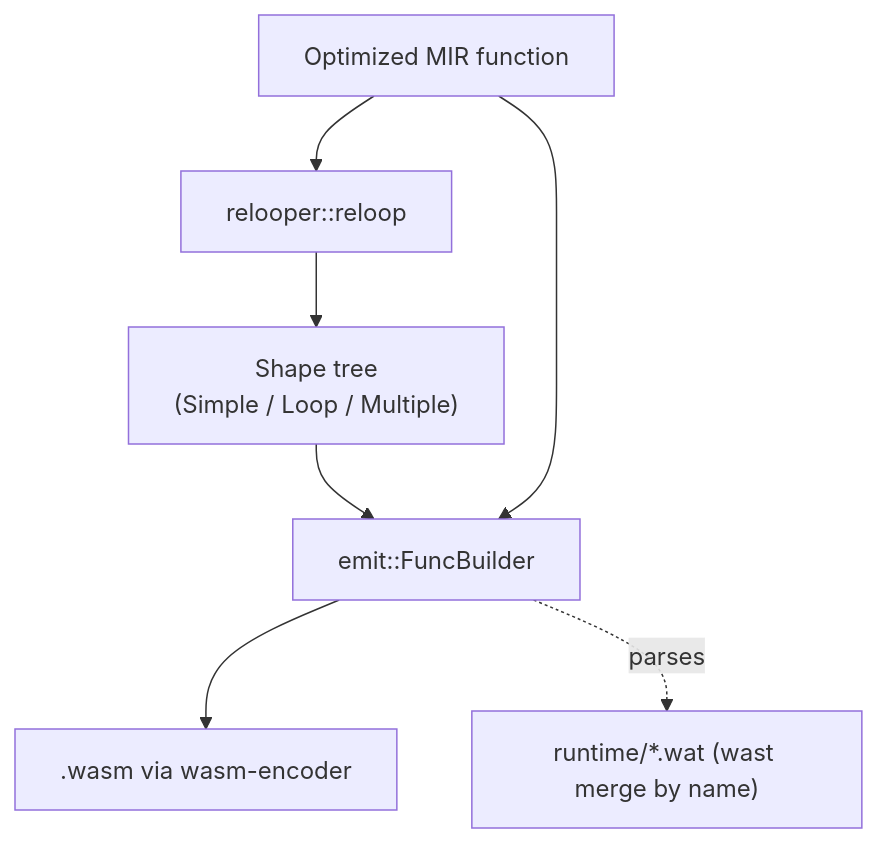
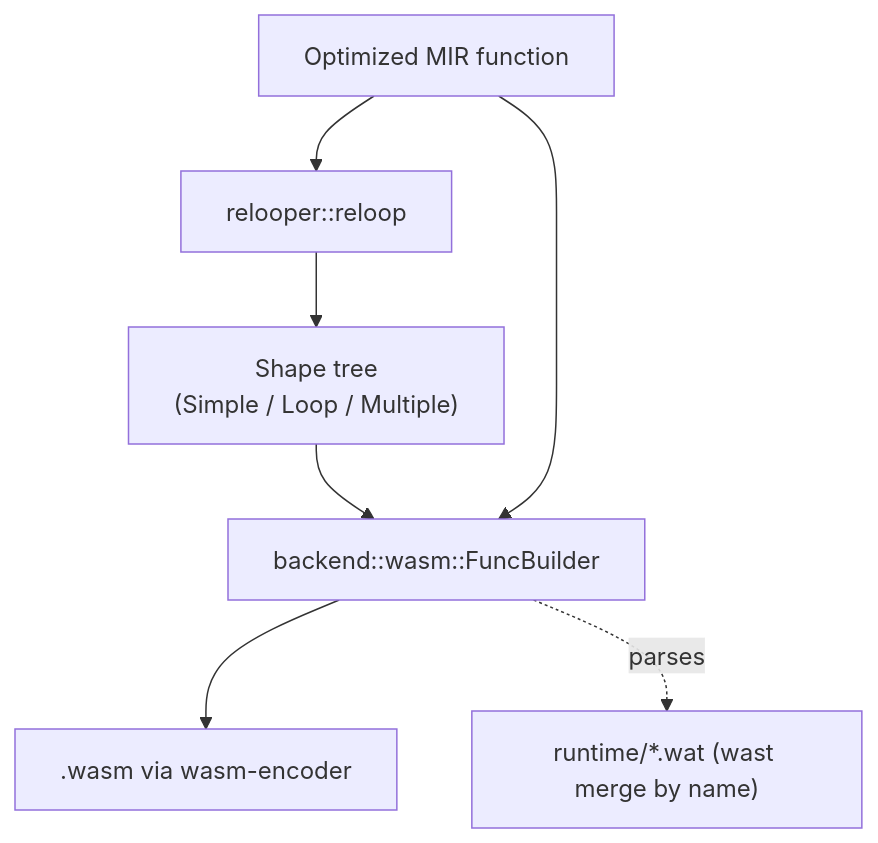
Before and after one commit to sps014/dream: the first of 4 diagrams in docs/internals/06-relooper-and-backend.md, drawn with Mermaid. The commit also changed other lines of this file and 104 other files, not shown here.

First line of the commit message:
feat(mir): add native C backend beside wasm emit

````diff
--- a/docs/internals/06-relooper-and-backend.md
+++ b/docs/internals/06-relooper-and-backend.md
@@ -7,9 +7,9 @@
 ```mermaid
 flowchart TD
     mir[Optimized MIR function] --> rl[relooper::reloop]
     rl --> shape["Shape tree\n(Simple / Loop / Multiple)"]
-    shape --> emit[emit::FuncBuilder]
+    shape --> emit[backend::wasm::FuncBuilder]
     mir --> emit
     emit --> wasm[".wasm via wasm-encoder"]
     emit -. parses .-> rt["runtime/*.wat (wast merge by name)"]
 ```
````
